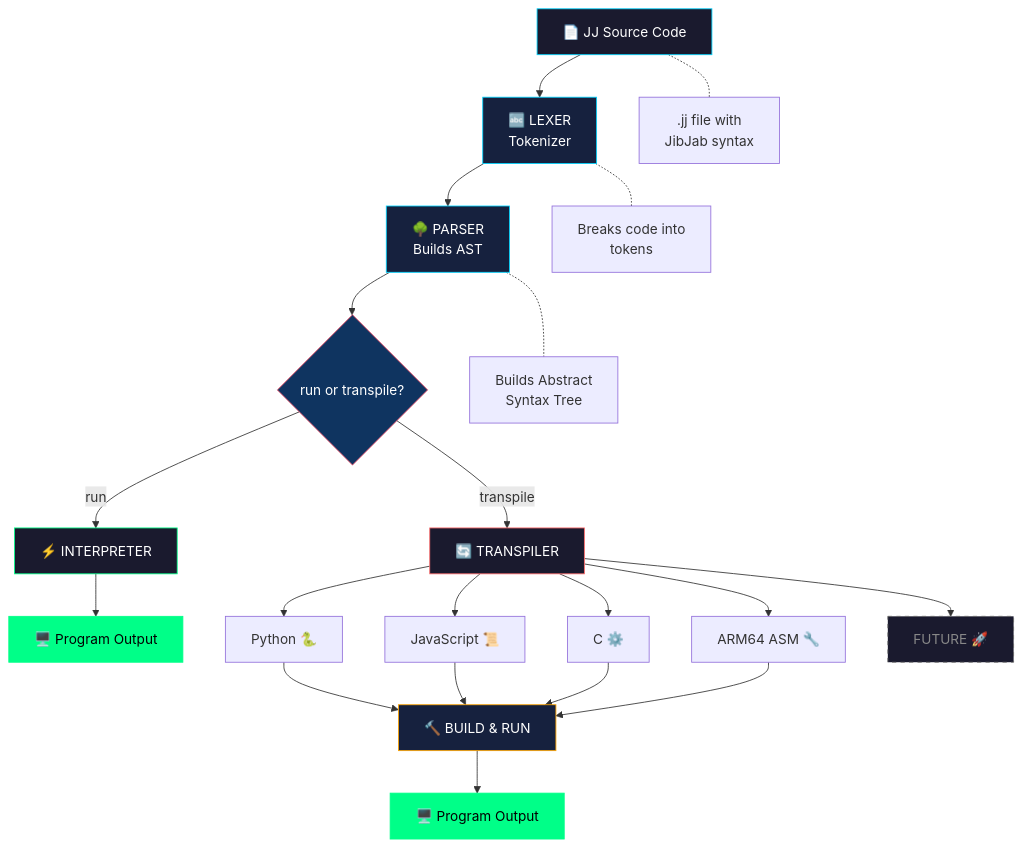
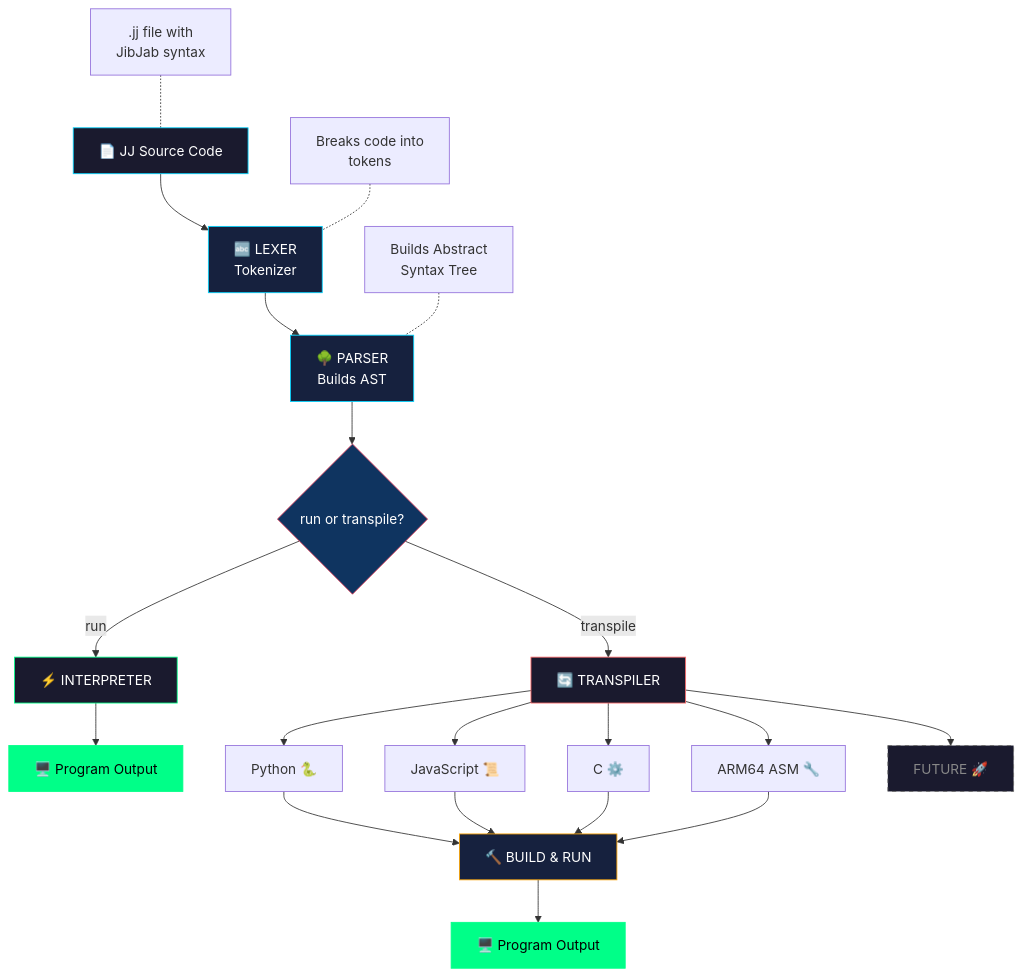
One commit to SuperBox64/JibberJabber changed the diagram in README.md. Above: the diagram before and after it, drawn with Mermaid.

Commit message:
Move callout annotations to left side

````diff
--- a/README.md
+++ b/README.md
@@ -350,38 +350,38 @@
 ```mermaid
 flowchart TD
     A[📄 JJ Source Code] --> B[🔤 LEXER<br>Tokenizer]
     B --> C[🌳 PARSER<br>Builds AST]
     C --> D{run or transpile?}
 
-    A -.- A1[".jj file with<br>JibJab syntax"]
-    B -.- B1["Breaks code into<br>tokens"]
-    C -.- C1["Builds Abstract<br>Syntax Tree"]
+    A1[".jj file with<br>JibJab syntax"] -.- A
+    B1["Breaks code into<br>tokens"] -.- B
+    C1["Builds Abstract<br>Syntax Tree"] -.- C
 
     D -->|run| E[⚡ INTERPRETER]
     E --> F[🖥️ Program Output]
 
     D -->|transpile| G[🔄 TRANSPILER]
     G --> H[Python 🐍]
     G --> I[JavaScript 📜]
     G --> J[C ⚙️]
     G --> K[ARM64 ASM 🔧]
     G --> L[FUTURE 🚀]
 
     H --> M[🔨 BUILD & RUN]
     I --> M
     J --> M
     K --> M
     M --> N[🖥️ Program Output]
 
     style L fill:#1a1a2e,stroke:#666,color:#888,stroke-dasharray: 5 5
     style M fill:#16213e,stroke:#ffa500,color:#fff
     style N fill:#00ff88,stroke:#00ff88,color:#000
 
     style A fill:#1a1a2e,stroke:#00d4ff,color:#fff
     style B fill:#16213e,stroke:#00d4ff,color:#fff
     style C fill:#16213e,stroke:#00d4ff,color:#fff
     style D fill:#0f3460,stroke:#e94560,color:#fff
     style E fill:#1a1a2e,stroke:#00ff88,color:#fff
     style F fill:#00ff88,stroke:#00ff88,color:#000
     style G fill:#1a1a2e,stroke:#ff6b6b,color:#fff
 ```
````
